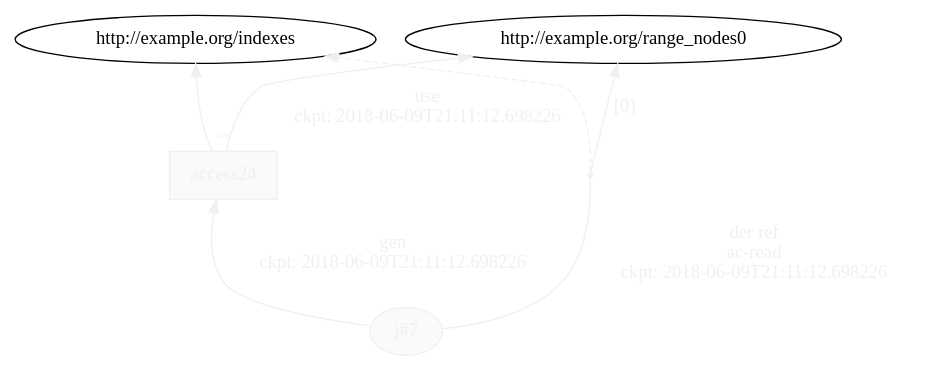
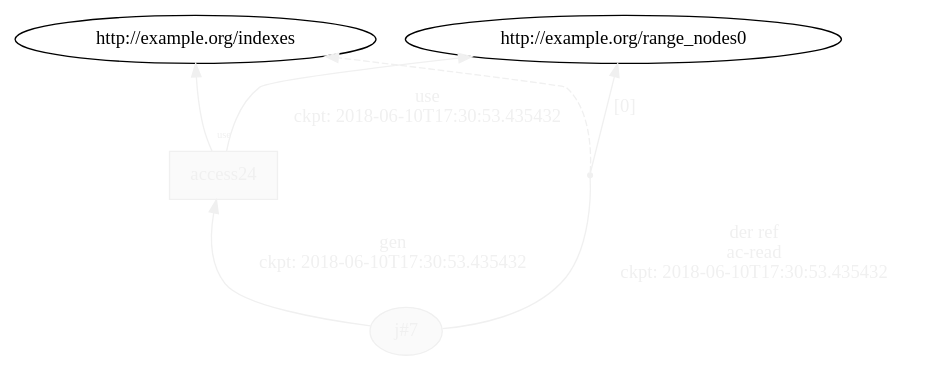
Before and after one commit to dew-uff/versioned-prov: the diagram in generated/versioned_prov/temp/L13__loop_access_7.dot, drawn with Graphviz. The commit also changed 947 other files, not shown here.

```diff
--- a/generated/versioned_prov/temp/L13__loop_access_7.dot
+++ b/generated/versioned_prov/temp/L13__loop_access_7.dot
@@ -1,15 +1,15 @@
 digraph "PROV" { size="16,12"; rankdir="BT";
 "http://example.org/j#7" [fillcolor="#FAFAFA",color="#F0F0F0",style="filled",fontcolor="#F0F0F0",label="j#7",URL="http://example.org/j#7"]
 "http://example.org/access24" [fillcolor="#FAFAFA",color="#F0F0F0",shape="polygon",sides="4",style="filled",fontcolor="#F0F0F0",label="access24",URL="http://example.org/access24"]
 "bn0" [shape="point",label="",fontcolor="#F0F0F0",color="#F0F0F0"]
 "http://example.org/j#7" -> "bn0" [fontsize="14",distance="1.5",angle="60.0",rotation="20",label="der ref
 ac-read
-ckpt: 2018-06-09T21:11:12.698226",arrowhead="none",fontcolor="#F0F0F0",color="#F0F0F0"]
+ckpt: 2018-06-10T17:30:53.435432",arrowhead="none",fontcolor="#F0F0F0",color="#F0F0F0"]
 "bn0" -> "http://example.org/indexes" [style="dashed",fontcolor="#F0F0F0",color="#F0F0F0"]
 "bn0" -> "http://example.org/range_nodes0" [fontsize="14",distance="1.5",angle="60.0",rotation="20",label="[0]",fontcolor="#F0F0F0",color="#F0F0F0"]
 "http://example.org/access24" -> "http://example.org/indexes" [labelfontsize="8",labeldistance="1.5",labelangle="60.0",rotation="20",taillabel="use",fontcolor="#F0F0F0",color="#F0F0F0"]
 "http://example.org/access24" -> "http://example.org/range_nodes0" [fontsize="14",distance="1.5",angle="60.0",rotation="20",label="use
-ckpt: 2018-06-09T21:11:12.698226",fontcolor="#F0F0F0",color="#F0F0F0"]
+ckpt: 2018-06-10T17:30:53.435432",fontcolor="#F0F0F0",color="#F0F0F0"]
 "http://example.org/j#7" -> "http://example.org/access24" [fontsize="14",distance="1.5",angle="60.0",rotation="20",label="gen
-ckpt: 2018-06-09T21:11:12.698226",fontcolor="#F0F0F0",color="#F0F0F0"]
+ckpt: 2018-06-10T17:30:53.435432",fontcolor="#F0F0F0",color="#F0F0F0"]
 }
```
